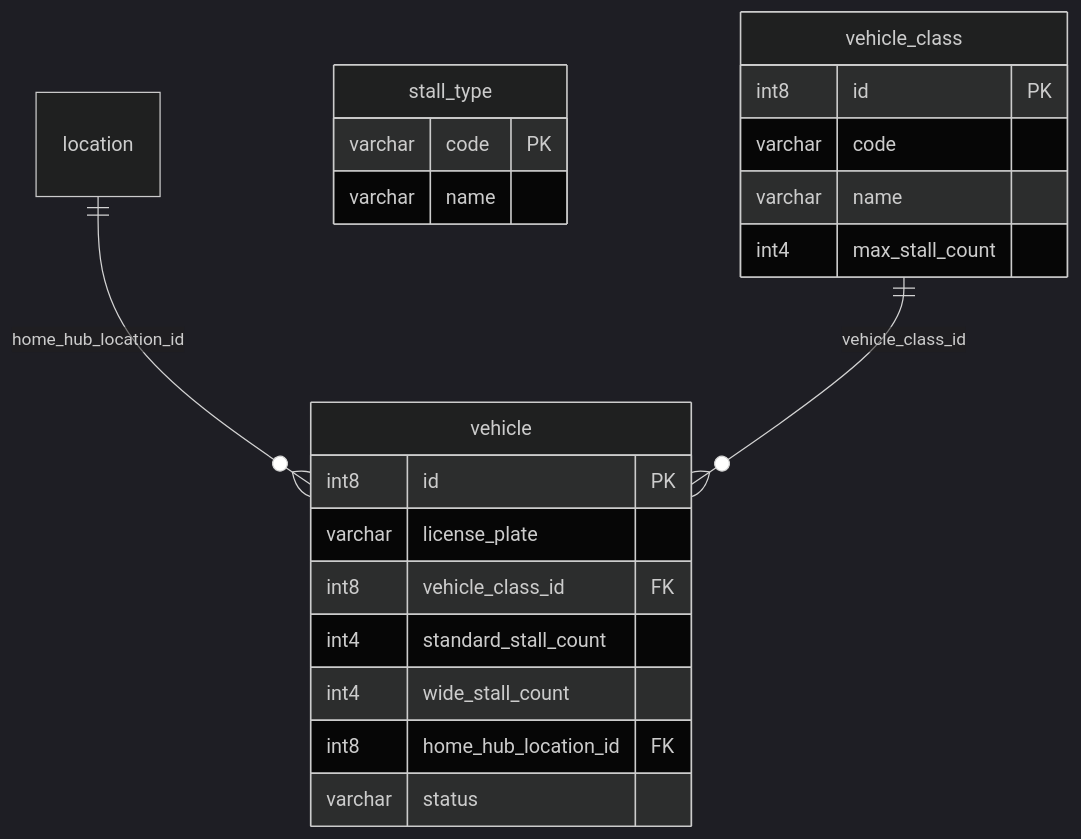
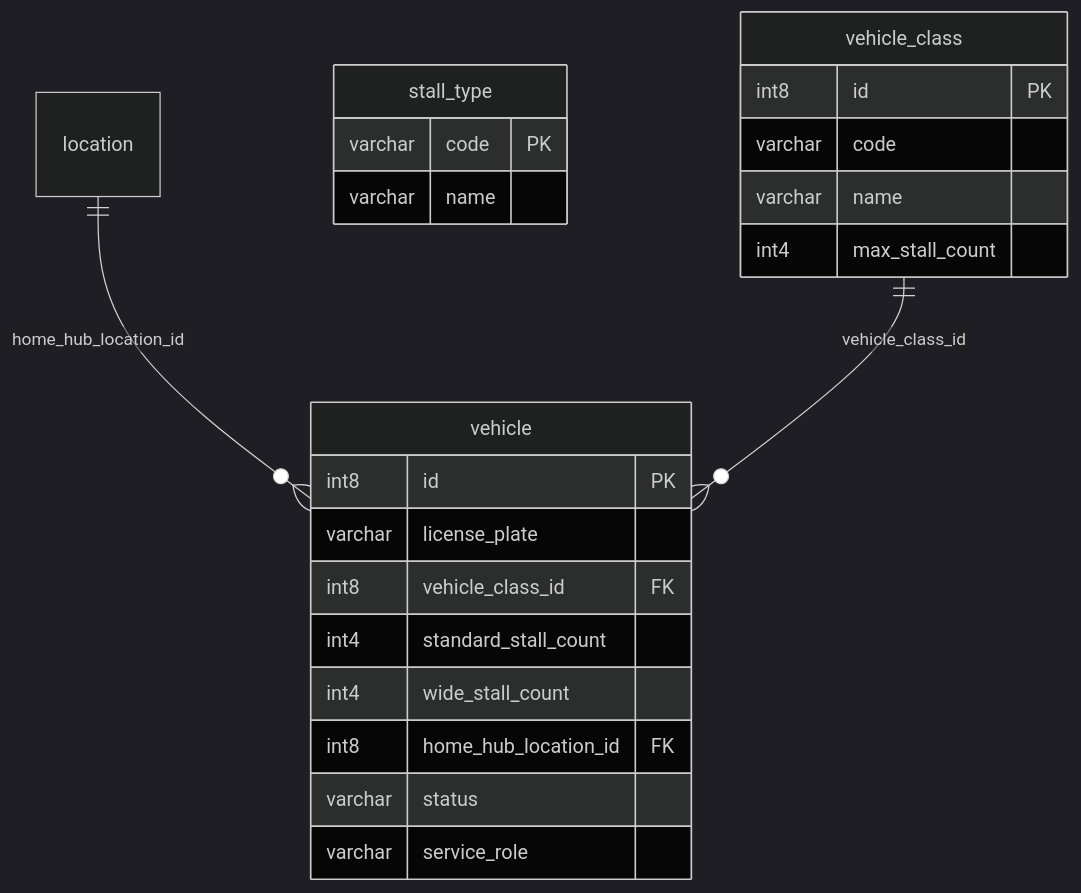
One commit to hankfwr23r2/SWP_RHT changed the fifth of 15 diagrams in docs/database/ERD.md. Above: the diagram before and after it, drawn with Mermaid (dark theme). The commit also changed other lines of this file and 3 other files, not shown here.

Commit message:
feat(departure): sinh lại hợp đồng API và ERD 64 bảng, kiểu gợi ý đổi chuyến có nhãn chỗ (M2)

````diff
--- a/docs/database/ERD.md
+++ b/docs/database/ERD.md
@@ -251,24 +268,25 @@
 ```mermaid
 erDiagram
     vehicle_class {
         int8 id PK
         varchar code
         varchar name
         int4 max_stall_count
     }
     stall_type {
         varchar code PK
         varchar name
     }
     vehicle {
         int8 id PK
         varchar license_plate
         int8 vehicle_class_id FK
         int4 standard_stall_count
         int4 wide_stall_count
         int8 home_hub_location_id FK
         varchar status
+        varchar service_role
     }
     location ||--o{ vehicle : "home_hub_location_id"
     vehicle_class ||--o{ vehicle : "vehicle_class_id"
 ```
````
